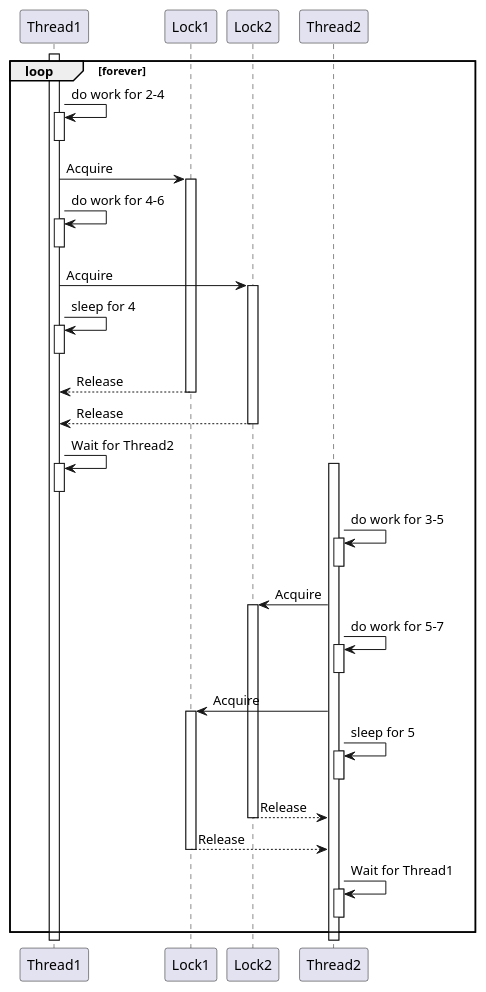
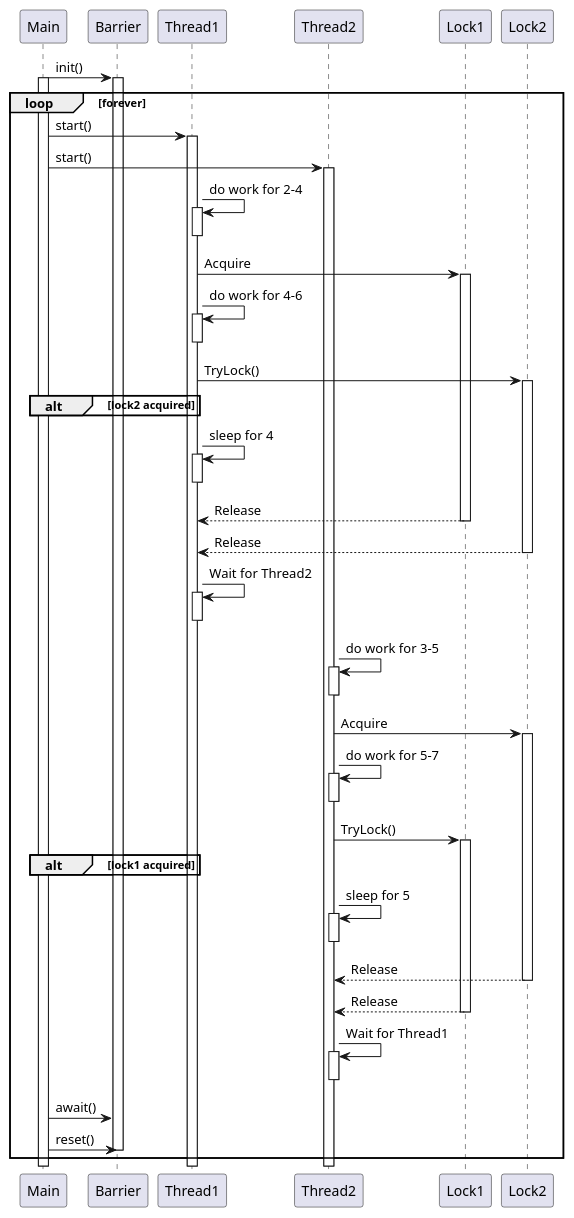
One commit to TudorMorosanu/MorosanuTudor_30332_RTSLAB changed the diagram in Lab6/src/App1/Diagrams/Sequence.puml. Above: the diagram before and after it, drawn with PlantUML. The commit also changed 55 other files, not shown here.

```diff
--- a/Lab6/src/App1/Diagrams/Sequence.puml
+++ b/Lab6/src/App1/Diagrams/Sequence.puml
@@ -1,51 +1,67 @@
 @startuml
 
+Main -> Barrier : init()
+activate Barrier
 loop forever
 
+    activate Main
+    Main -> Thread1 : start()
     activate Thread1
+    Main -> Thread2 : start()
+    activate Thread2
+
+
     Thread1 -> Thread1 : do work for 2-4
     activate Thread1
     deactivate Thread1
     Thread1 -> Lock1 : Acquire
     activate Lock1
     Thread1 -> Thread1 : do work for 4-6
     activate Thread1
     deactivate Thread1
-    Thread1 -> Lock2 : Acquire
-    activate Lock2
+    Thread1 -> Lock2 : TryLock()
+    alt lock2 acquired
+        activate Lock2
+    end
     Thread1 -> Thread1 : sleep for 4
     activate Thread1
     deactivate Thread1
     Thread1 <-- Lock1 : Release
     deactivate Lock1
     Thread1 <-- Lock2 : Release
     deactivate Lock2
     Thread1 -> Thread1 : Wait for Thread2
     activate Thread1
     deactivate Thread1
 
-    activate Thread2
     Thread2 -> Thread2 : do work for 3-5
     activate Thread2
     deactivate Thread2
     Thread2 -> Lock2 : Acquire
     activate Lock2
     Thread2 -> Thread2 : do work for 5-7
     activate Thread2
     deactivate Thread2
-    Thread2 -> Lock1 : Acquire
+    Thread2 -> Lock1 : TryLock()
+    alt lock1 acquired
+        activate Lock1
+    end
     activate Lock1
     Thread2 -> Thread2 : sleep for 5
     activate Thread2
     deactivate Thread2
     Thread2 <-- Lock2 : Release
     deactivate Lock2
     Thread2 <-- Lock1 : Release
     deactivate Lock1
     Thread2 -> Thread2 : Wait for Thread1
     activate Thread2
     deactivate Thread2
 
+    Main -> Barrier : await()
+    Main -> Barrier : reset()
+    deactivate Barrier
+
 end loop
 
 @enduml
```
